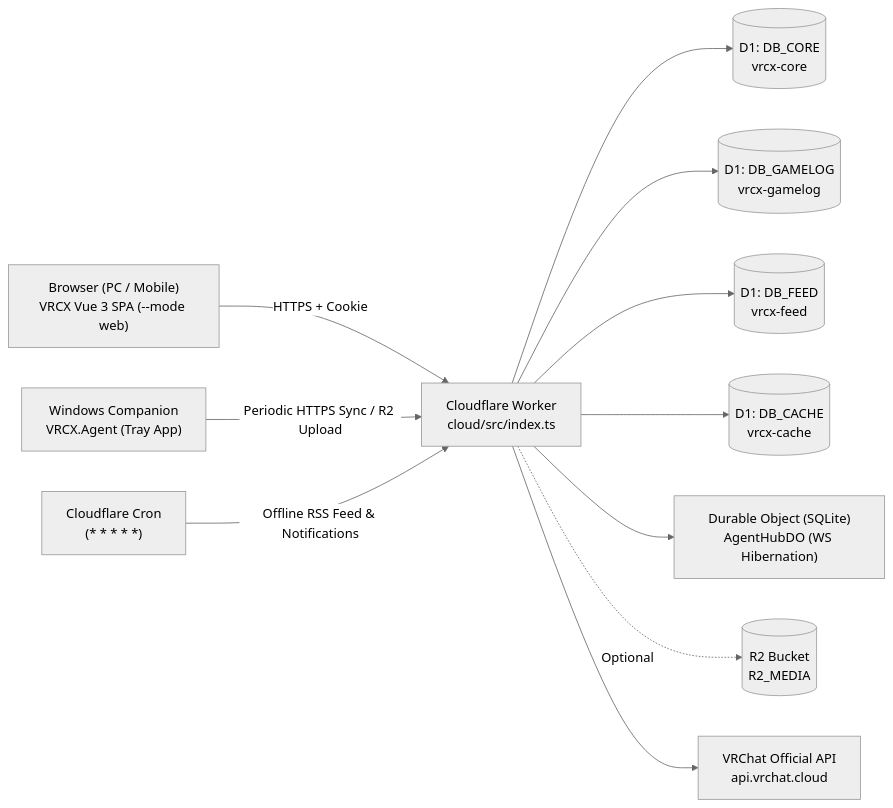
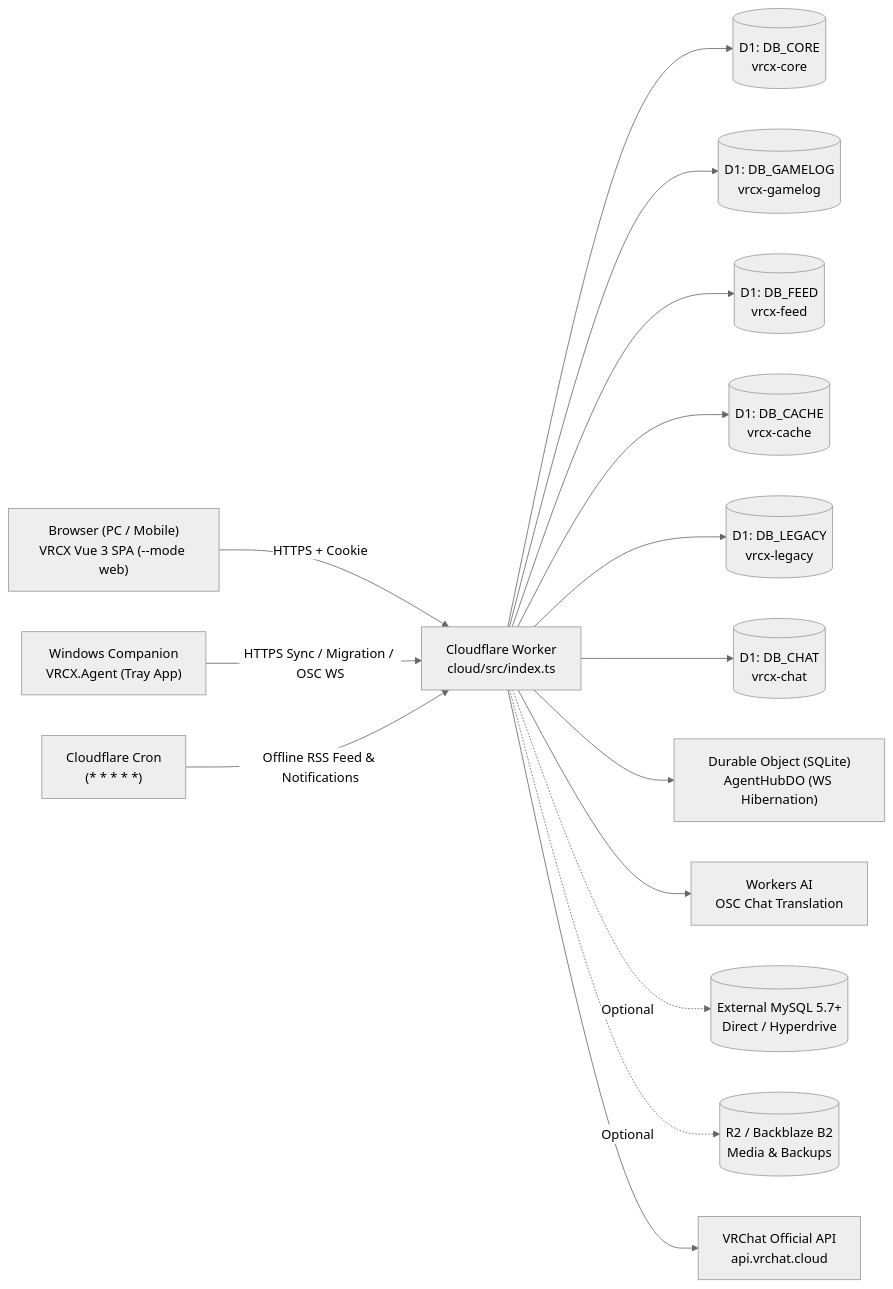
Before and after one commit to nuomew/VRCX-Worker: the diagram in README.md, drawn with Mermaid (neutral theme). The commit also changed other lines of this file and 6 other files, not shown here.

Commit message:
docs: sync trilingual README, DEPLOY guides, and MEMORY with 6 D1 shards, external MySQL, Workers AI, and dual anime-site themes

````diff
--- a/README.md
+++ b/README.md
@@ -38,14 +45,18 @@
 ```mermaid
 flowchart LR
     Browser["Browser (PC / Mobile)<br/>VRCX Vue 3 SPA (--mode web)"] -->|HTTPS + Cookie| Worker["Cloudflare Worker<br/>cloud/src/index.ts"]
-    Agent["Windows Companion<br/>VRCX.Agent (Tray App)"] -->|Periodic HTTPS Sync / R2 Upload| Worker
+    Agent["Windows Companion<br/>VRCX.Agent (Tray App)"] -->|HTTPS Sync / Migration / OSC WS| Worker
     Cron["Cloudflare Cron<br/>(* * * * *)"] -->|Offline RSS Feed & Notifications| Worker
 
     Worker --> DBCore[("D1: DB_CORE<br/>vrcx-core")]
     Worker --> DBGame[("D1: DB_GAMELOG<br/>vrcx-gamelog")]
     Worker --> DBFeed[("D1: DB_FEED<br/>vrcx-feed")]
     Worker --> DBCache[("D1: DB_CACHE<br/>vrcx-cache")]
+    Worker --> DBLegacy[("D1: DB_LEGACY<br/>vrcx-legacy")]
+    Worker --> DBChat[("D1: DB_CHAT<br/>vrcx-chat")]
     Worker --> DO["Durable Object (SQLite)<br/>AgentHubDO (WS Hibernation)"]
-    Worker -. Optional .-> R2[("R2 Bucket<br/>R2_MEDIA")]
+    Worker --> AI["Workers AI<br/>OSC Chat Translation"]
+    Worker -. Optional .-> MySQL[("External MySQL 5.7+<br/>Direct / Hyperdrive")]
+    Worker -. Optional .-> R2[("R2 / Backblaze B2<br/>Media & Backups")]
     Worker --> VRC["VRChat Official API<br/>api.vrchat.cloud"]
 ```
````
